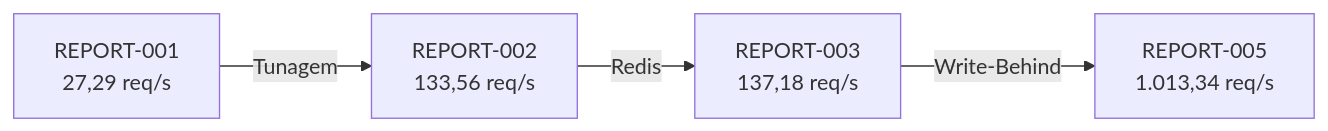
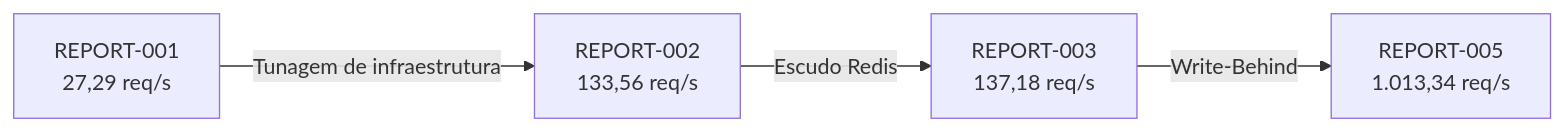
One commit to rubensrabelo/sistema-pagamentos-idempotente changed the fourth of 7 diagrams in spring-boot/docs/performance-tests/REPORT-005.md. Above: the diagram before and after it, drawn with Mermaid. The commit also changed other lines of this file and 1 other file, not shown here.

````diff
--- a/spring-boot/docs/performance-tests/REPORT-005.md
+++ b/spring-boot/docs/performance-tests/REPORT-005.md
@@ -164,15 +178,15 @@
 ```mermaid
 flowchart LR
 
     R1["REPORT-001<br/>27,29 req/s"]
 
     R2["REPORT-002<br/>133,56 req/s"]
 
     R3["REPORT-003<br/>137,18 req/s"]
 
     R5["REPORT-005<br/>1.013,34 req/s"]
 
-    R1 -->|"Tunagem"| R2
-    R2 -->|"Redis"| R3
+    R1 -->|"Tunagem de infraestrutura"| R2
+    R2 -->|"Escudo Redis"| R3
     R3 -->|"Write-Behind"| R5
 ```
````
